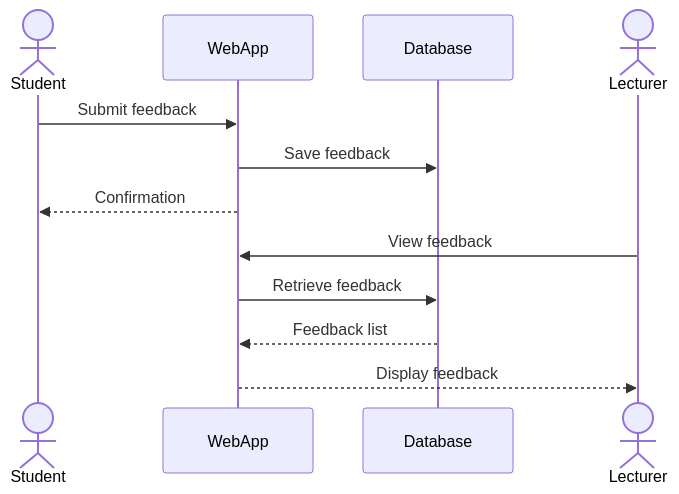
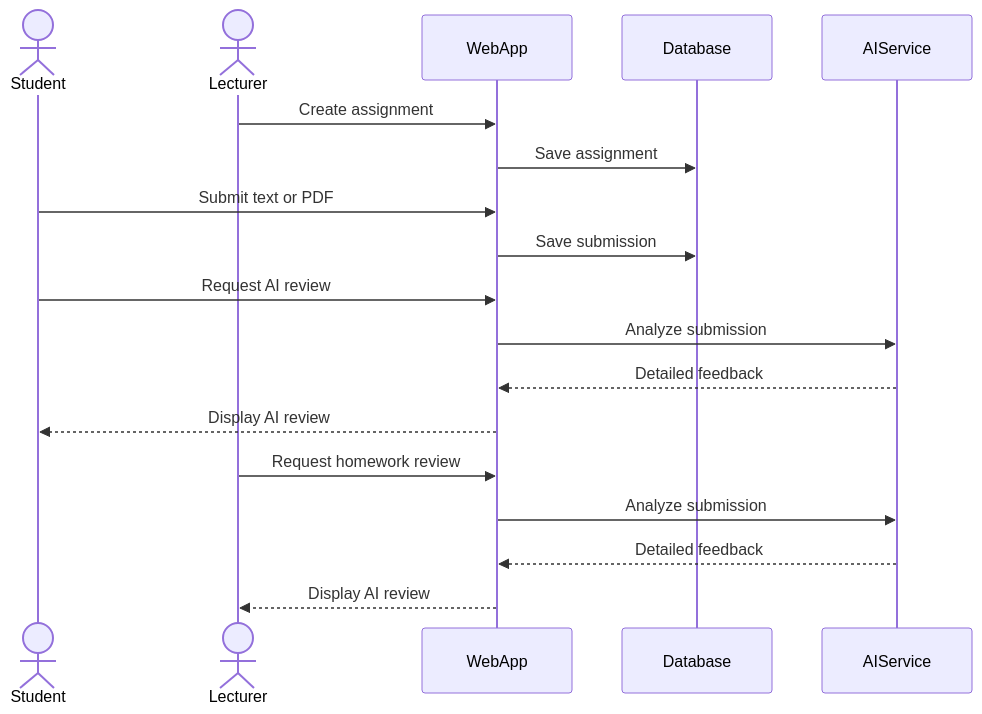
One commit to talabaker3276/I2SE_Ex2 changed the fourth of 4 diagrams in DIAGRAMS.md. Above: the diagram before and after it, drawn with Mermaid. The commit also changed other lines of this file, not shown here.

First line of the commit message:
Revise diagrams for Smart Classroom system

````diff
--- a/DIAGRAMS.md
+++ b/DIAGRAMS.md
@@ -129,15 +140,21 @@
 ```mermaid
 sequenceDiagram
     actor Student
+    actor Lecturer
     participant WebApp
     participant Database
-    actor Lecturer
+    participant AIService
 
-    Student->>WebApp: Submit feedback
-    WebApp->>Database: Save feedback
-    WebApp-->>Student: Confirmation
-    Lecturer->>WebApp: View feedback
-    WebApp->>Database: Retrieve feedback
-    Database-->>WebApp: Feedback list
-    WebApp-->>Lecturer: Display feedback
+    Lecturer->>WebApp: Create assignment
+    WebApp->>Database: Save assignment
+    Student->>WebApp: Submit text or PDF
+    WebApp->>Database: Save submission
+    Student->>WebApp: Request AI review
+    WebApp->>AIService: Analyze submission
+    AIService-->>WebApp: Detailed feedback
+    WebApp-->>Student: Display AI review
+    Lecturer->>WebApp: Request homework review
+    WebApp->>AIService: Analyze submission
+    AIService-->>WebApp: Detailed feedback
+    WebApp-->>Lecturer: Display AI review
 ```
````
